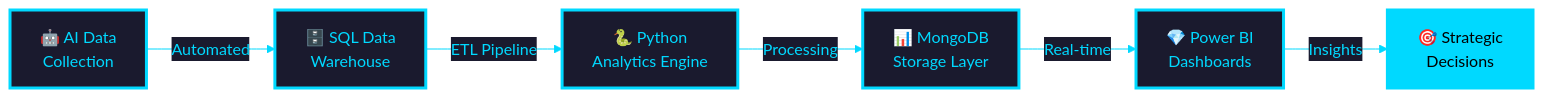
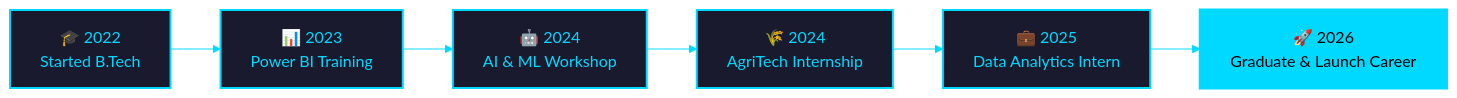
The first of 2 diagrams in README.md (gokul2005083-source/gokul2005083-source-), drawn with Mermaid before and after one commit. The commit also changed other lines of this file, not shown here.

````diff
--- a/README.md
+++ b/README.md
@@ -248,17 +503,17 @@
 ```mermaid
-%%{init: {'theme':'base', 'themeVariables': { 'primaryColor':'#0D1117','primaryTextColor':'#00D9FF','primaryBorderColor':'#00D9FF','lineColor':'#00D9FF','secondaryColor':'#1a1a2e','tertiaryColor':'#16213e'}}}%%
+%%{init: {'theme':'base', 'themeVariables': { 'primaryColor':'#0D1117','primaryTextColor':'#00D9FF','primaryBorderColor':'#00D9FF','lineColor':'#00D9FF'}}}%%
 
 graph LR
-    A[🤖 AI Data<br/>Collection] -->|Automated| B[🗄️ SQL Data<br/>Warehouse]
-    B -->|ETL Pipeline| C[🐍 Python<br/>Analytics Engine]
-    C -->|Processing| D[📊 MongoDB<br/>Storage Layer]
-    D -->|Real-time| E[💎 Power BI<br/>Dashboards]
-    E -->|Insights| F[🎯 Strategic<br/>Decisions]
+    A[🎓 2022<br/>Started B.Tech] --> B[📊 2023<br/>Power BI Training]
+    B --> C[🤖 2024<br/>AI & ML Workshop]
+    C --> D[🌾 2024<br/>AgriTech Internship]
+    D --> E[💼 2025<br/>Data Analytics Intern]
+    E --> F[🚀 2026<br/>Graduate & Launch Career]
     
-    style A fill:#1a1a2e,stroke:#00D9FF,stroke-width:3px,color:#00D9FF
-    style B fill:#1a1a2e,stroke:#00D9FF,stroke-width:3px,color:#00D9FF
-    style C fill:#1a1a2e,stroke:#00D9FF,stroke-width:3px,color:#00D9FF
-    style D fill:#1a1a2e,stroke:#00D9FF,stroke-width:3px,color:#00D9FF
-    style E fill:#1a1a2e,stroke:#00D9FF,stroke-width:3px,color:#00D9FF
+    style A fill:#1a1a2e,stroke:#00D9FF,stroke-width:2px,color:#00D9FF
+    style B fill:#1a1a2e,stroke:#00D9FF,stroke-width:2px,color:#00D9FF
+    style C fill:#1a1a2e,stroke:#00D9FF,stroke-width:2px,color:#00D9FF
+    style D fill:#1a1a2e,stroke:#00D9FF,stroke-width:2px,color:#00D9FF
+    style E fill:#1a1a2e,stroke:#00D9FF,stroke-width:2px,color:#00D9FF
     style F fill:#00D9FF,stroke:#00D9FF,stroke-width:3px,color:#000000
 ```
````
